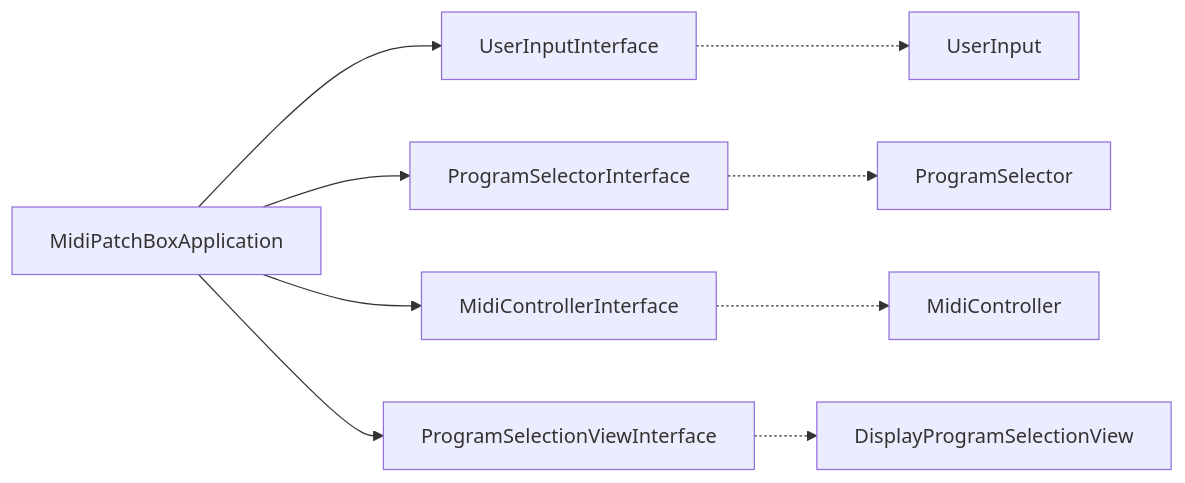
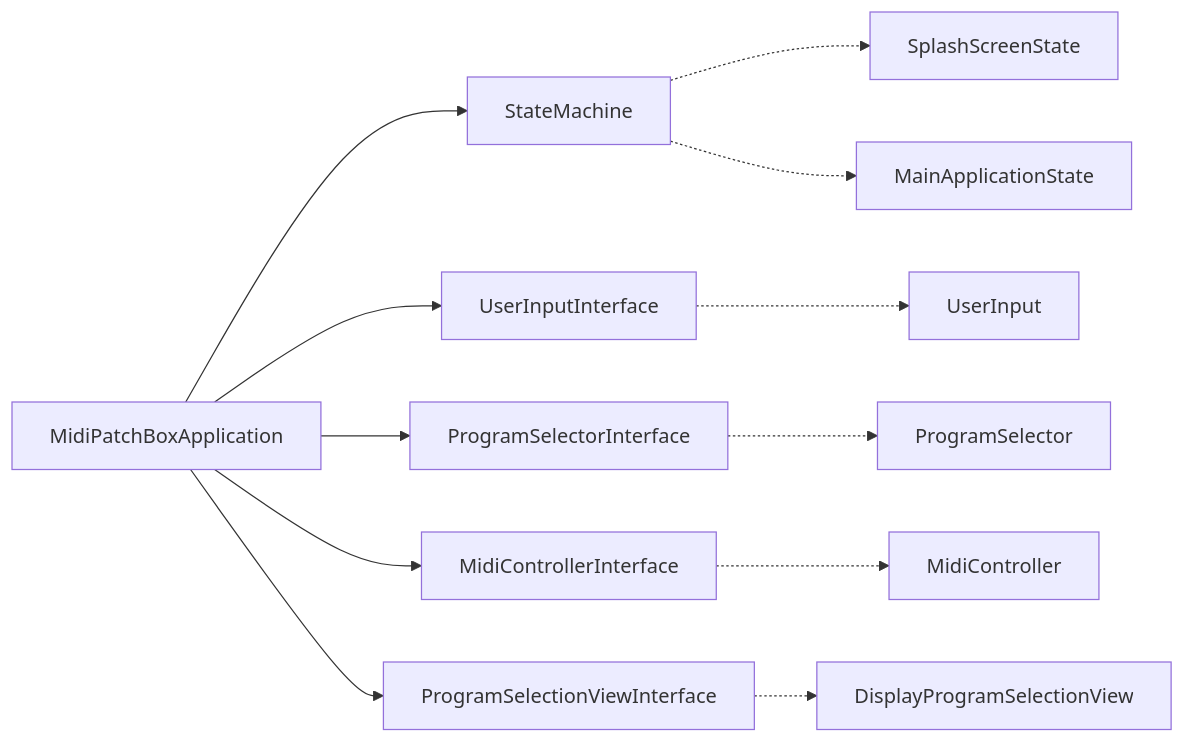
Before and after one commit to iv660/midi-patch-box: the second of 4 diagrams in ARCHITECTURE.md, drawn with Mermaid. The commit also changed other lines of this file, not shown here.

Commit message:
doc: Update architectural description details

````diff
--- a/ARCHITECTURE.md
+++ b/ARCHITECTURE.md
@@ -231,12 +231,15 @@
 ```mermaid
 graph LR
-    APP[MidiPatchBoxApplication] --> UII[UserInputInterface]
+    APP[MidiPatchBoxApplication] --> SM[StateMachine]
+    APP --> UII[UserInputInterface]
     APP --> PSI[ProgramSelectorInterface]
     APP --> MCI[MidiControllerInterface]
     APP --> PSVI[ProgramSelectionViewInterface]
     
+    SM -.-> SPS[SplashScreenState]
+    SM -.-> MAS[MainApplicationState]
     UII -.-> UI[UserInput]
     PSI -.-> PS[ProgramSelector]
     MCI -.-> MC[MidiController]
     PSVI -.-> DPSV[DisplayProgramSelectionView]
 ```
````
